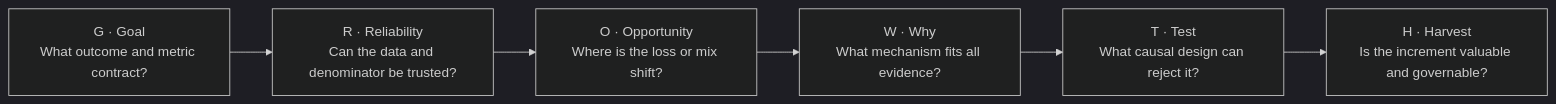
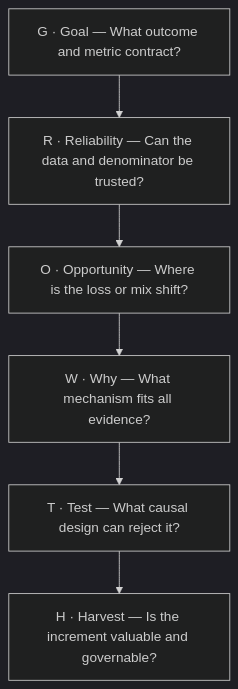
Before and after one commit to liu-XI71/growthlab-user-growth-analytics: the first of 2 diagrams in README.md, drawn with Mermaid (dark theme). The commit also changed 1 other file, not shown here.

Commit message:
Make the GROWTH framework readable on GitHub (#5)
Render the six-step business framework vertically in both READMEs so recruiter-facing questions remain readable.

````diff
--- a/README.md
+++ b/README.md
@@ -30,8 +30,8 @@
 ```mermaid
-flowchart LR
-    G["G · Goal<br/>What outcome and metric contract?"] --> R["R · Reliability<br/>Can the data and denominator be trusted?"]
-    R --> O["O · Opportunity<br/>Where is the loss or mix shift?"]
-    O --> W["W · Why<br/>What mechanism fits all evidence?"]
-    W --> T["T · Test<br/>What causal design can reject it?"]
-    T --> H["H · Harvest<br/>Is the increment valuable and governable?"]
+flowchart TB
+    G["G · Goal — What outcome and metric contract?"] --> R["R · Reliability — Can the data and denominator be trusted?"]
+    R --> O["O · Opportunity — Where is the loss or mix shift?"]
+    O --> W["W · Why — What mechanism fits all evidence?"]
+    W --> T["T · Test — What causal design can reject it?"]
+    T --> H["H · Harvest — Is the increment valuable and governable?"]
 ```
````
